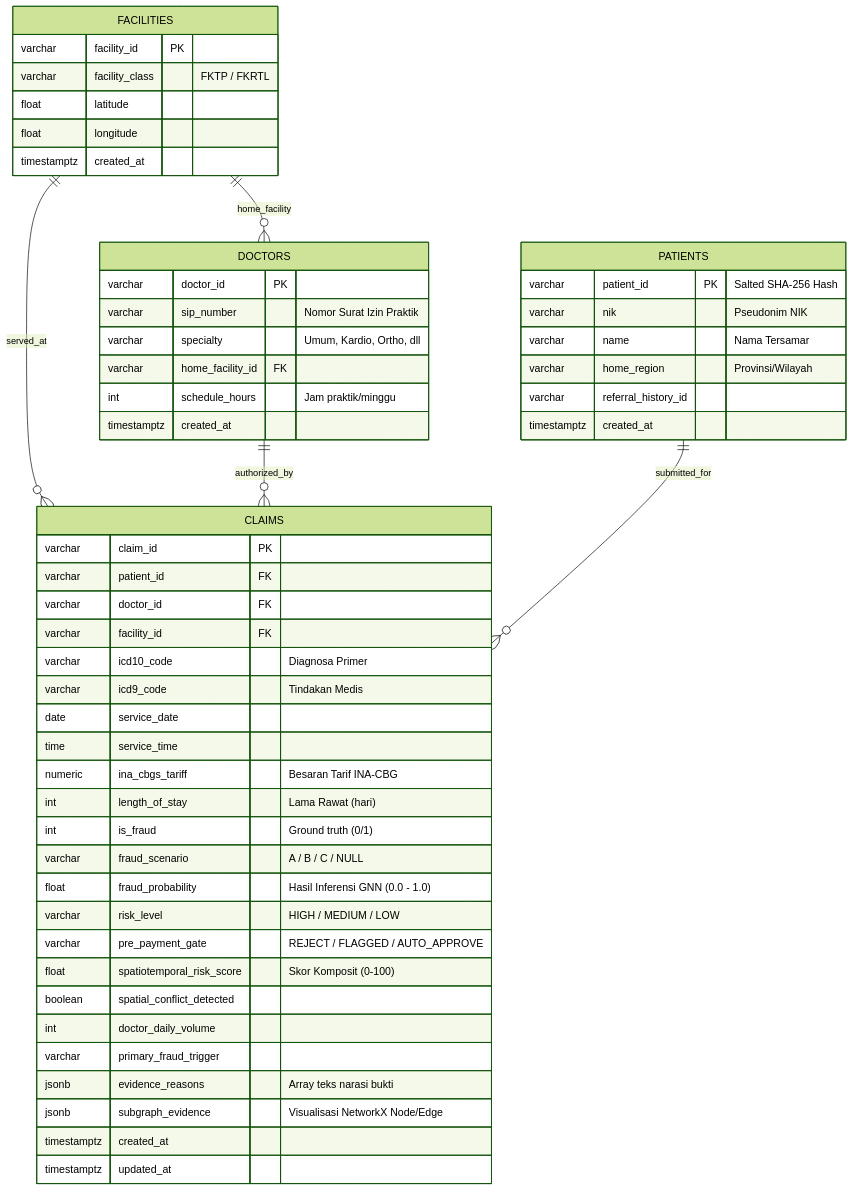
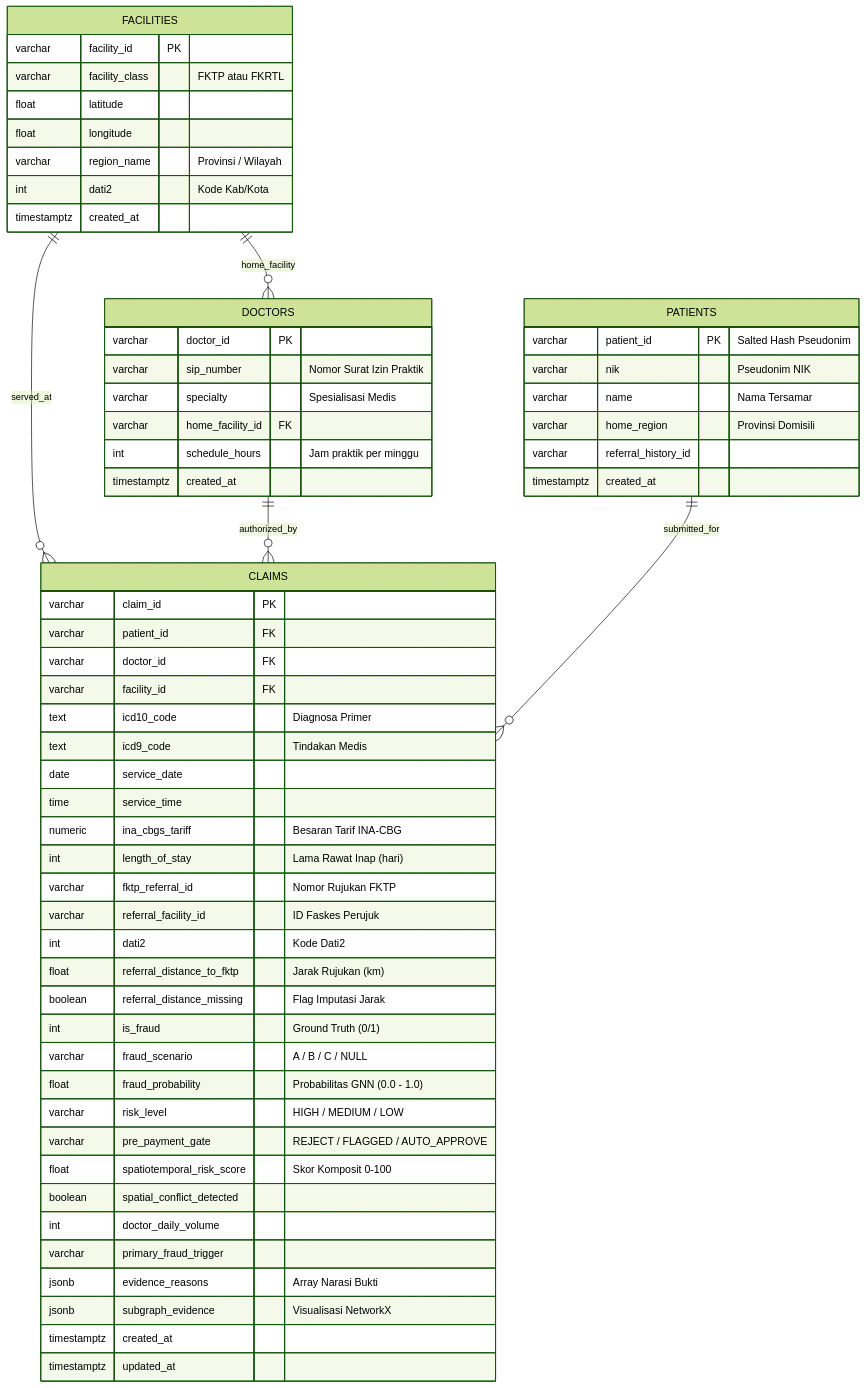
Before and after one commit to faiz-jihad/Healthkathon-BPJS-KESEHATAN: the second of 2 diagrams in docs/MIGRATION_GUIDE.md, drawn with Mermaid (forest theme). The commit also changed other lines of this file and 23 other files, not shown here.

````diff
--- a/docs/MIGRATION_GUIDE.md
+++ b/docs/MIGRATION_GUIDE.md
@@ -48,59 +53,66 @@
 ```mermaid
 erDiagram
     FACILITIES ||--o{ DOCTORS : "home_facility"
     FACILITIES ||--o{ CLAIMS : "served_at"
     DOCTORS ||--o{ CLAIMS : "authorized_by"
     PATIENTS ||--o{ CLAIMS : "submitted_for"
 
     FACILITIES {
         varchar facility_id PK
-        varchar facility_class "FKTP / FKRTL"
+        varchar facility_class "FKTP atau FKRTL"
         float latitude
         float longitude
+        varchar region_name "Provinsi / Wilayah"
+        int dati2 "Kode Kab/Kota"
         timestamptz created_at
     }
 
     DOCTORS {
         varchar doctor_id PK
         varchar sip_number "Nomor Surat Izin Praktik"
-        varchar specialty "Umum, Kardio, Ortho, dll"
+        varchar specialty "Spesialisasi Medis"
         varchar home_facility_id FK
-        int schedule_hours "Jam praktik/minggu"
+        int schedule_hours "Jam praktik per minggu"
         timestamptz created_at
     }
 
     PATIENTS {
-        varchar patient_id PK "Salted SHA-256 Hash"
+        varchar patient_id PK "Salted Hash Pseudonim"
         varchar nik "Pseudonim NIK"
         varchar name "Nama Tersamar"
-        varchar home_region "Provinsi/Wilayah"
+        varchar home_region "Provinsi Domisili"
         varchar referral_history_id
         timestamptz created_at
     }
 
     CLAIMS {
         varchar claim_id PK
         varchar patient_id FK
         varchar doctor_id FK
         varchar facility_id FK
-        varchar icd10_code "Diagnosa Primer"
-        varchar icd9_code "Tindakan Medis"
+        text icd10_code "Diagnosa Primer"
+        text icd9_code "Tindakan Medis"
         date service_date
         time service_time
         numeric ina_cbgs_tariff "Besaran Tarif INA-CBG"
-        int length_of_stay "Lama Rawat (hari)"
-        int is_fraud "Ground truth (0/1)"
+        int length_of_stay "Lama Rawat Inap (hari)"
+        varchar fktp_referral_id "Nomor Rujukan FKTP"
+        varchar referral_facility_id "ID Faskes Perujuk"
+        int dati2 "Kode Dati2"
+        float referral_distance_to_fktp "Jarak Rujukan (km)"
+        boolean referral_distance_missing "Flag Imputasi Jarak"
+        int is_fraud "Ground Truth (0/1)"
         varchar fraud_scenario "A / B / C / NULL"
-        float fraud_probability "Hasil Inferensi GNN (0.0 - 1.0)"
+        float fraud_probability "Probabilitas GNN (0.0 - 1.0)"
         varchar risk_level "HIGH / MEDIUM / LOW"
         varchar pre_payment_gate "REJECT / FLAGGED / AUTO_APPROVE"
-        float spatiotemporal_risk_score "Skor Komposit (0-100)"
+        float spatiotemporal_risk_score "Skor Komposit 0-100"
         boolean spatial_conflict_detected
         int doctor_daily_volume
         varchar primary_fraud_trigger
-        jsonb evidence_reasons "Array teks narasi bukti"
-        jsonb subgraph_evidence "Visualisasi NetworkX Node/Edge"
+        jsonb evidence_reasons "Array Narasi Bukti"
+        jsonb subgraph_evidence "Visualisasi NetworkX"
         timestamptz created_at
         timestamptz updated_at
     }
 ```
````
